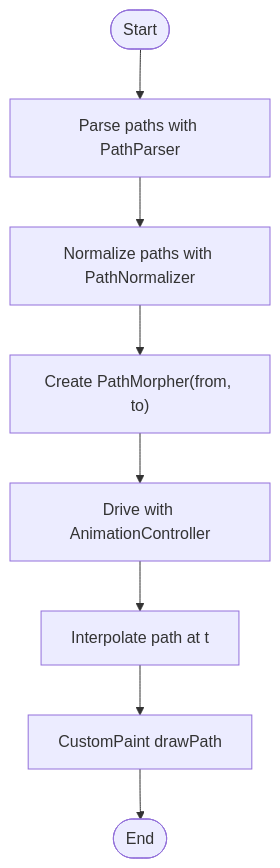
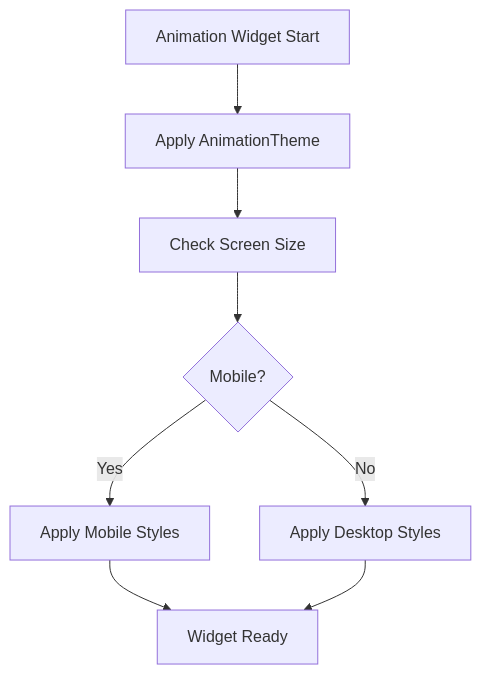
Before and after one commit to denisnadey/flutter_full_svg_support: the sixth of 8 diagrams in .qoder/repowiki/en/content/Examples and Tutorials.md, drawn with Mermaid. The commit also changed other lines of this file and 8 other files, not shown here.

````diff
--- a/.qoder/repowiki/en/content/Examples and Tutorials.md
+++ b/.qoder/repowiki/en/content/Examples and Tutorials.md
@@ -258,10 +353,10 @@
 ```mermaid
 flowchart TD
-Start(["Start"]) --> Parse["Parse paths with PathParser"]
-Parse --> Normalize["Normalize paths with PathNormalizer"]
-Normalize --> CreateMorpher["Create PathMorpher(from, to)"]
-CreateMorpher --> Animate["Drive with AnimationController"]
-Animate --> Interpolate["Interpolate path at t"]
-Interpolate --> Render["CustomPaint drawPath"]
-Render --> End(["End"])
+WidgetStart["Animation Widget Start"] --> ThemeApply["Apply AnimationTheme"]
+ThemeApply --> ResponsiveCheck["Check Screen Size"]
+ResponsiveCheck --> Mobile{"Mobile?"}
+Mobile --> |Yes| MobileStyling["Apply Mobile Styles"]
+Mobile --> |No| DesktopStyling["Apply Desktop Styles"]
+MobileStyling --> WidgetComplete["Widget Ready"]
+DesktopStyling --> WidgetComplete
 ```
````
